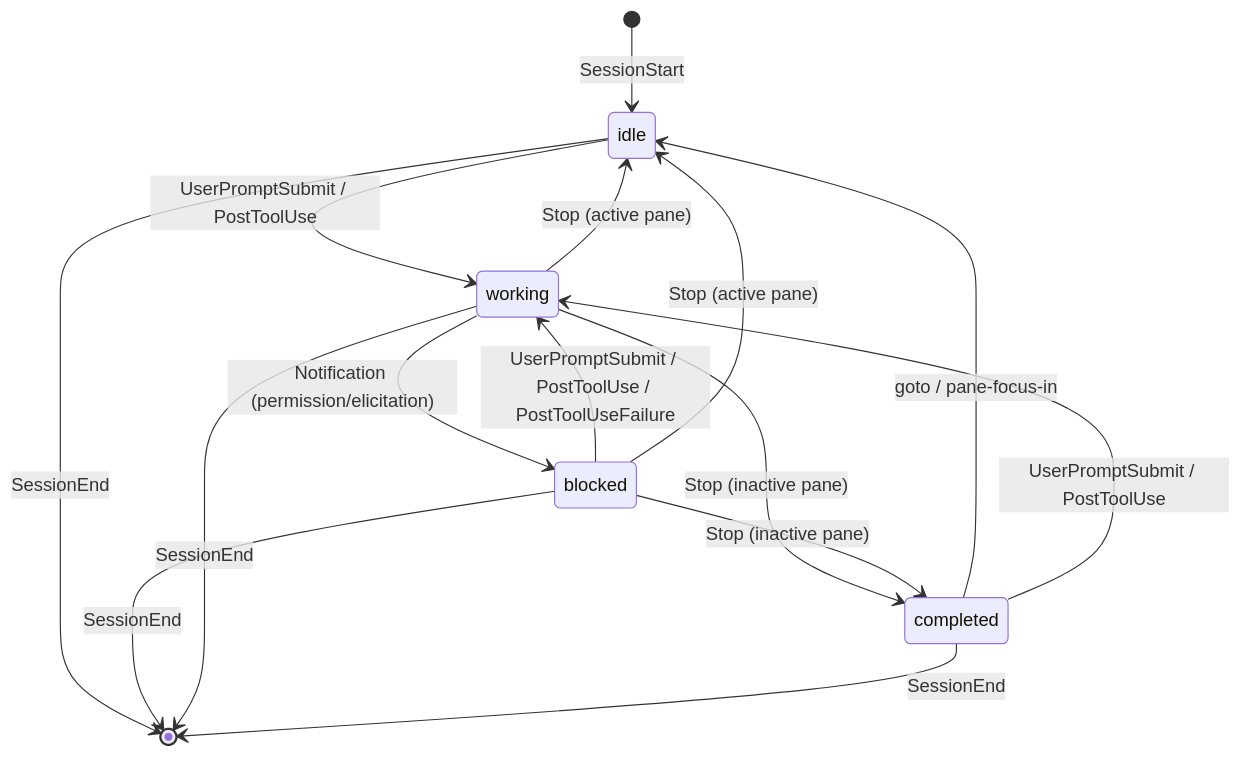
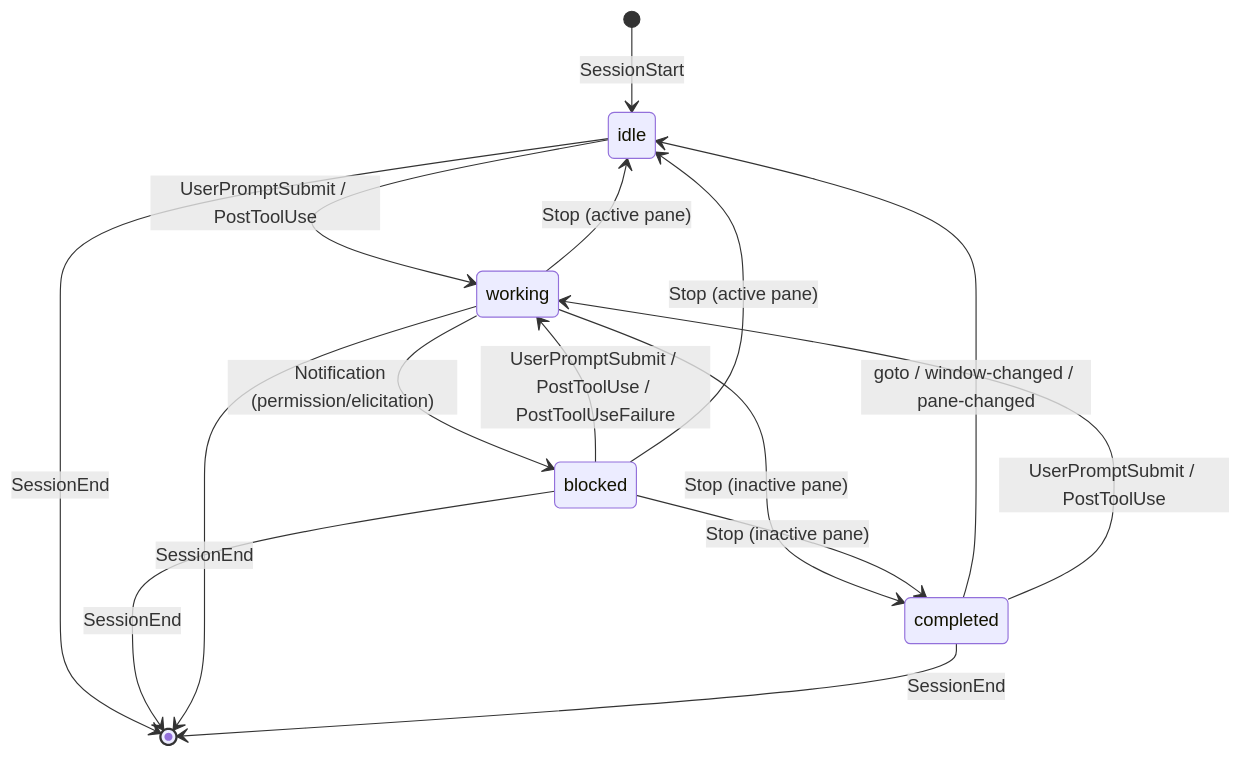
Before and after one commit to KakkoiDev/tmux-claude-agent-tracker: the second of 2 diagrams in ARCHITECTURE.md, drawn with Mermaid. The commit also changed other lines of this file and 1 other file, not shown here.

First line of the commit message:
Use session-window-changed/window-pane-changed hooks instead of pane-focus-in

````diff
--- a/ARCHITECTURE.md
+++ b/ARCHITECTURE.md
@@ -41,21 +41,21 @@
 ```mermaid
 stateDiagram-v2
     [*] --> idle : SessionStart
 
     idle --> working : UserPromptSubmit / PostToolUse
     working --> completed : Stop (inactive pane)
     working --> idle : Stop (active pane)
     working --> blocked : Notification (permission/elicitation)
 
     blocked --> working : UserPromptSubmit / PostToolUse / PostToolUseFailure
     blocked --> completed : Stop (inactive pane)
     blocked --> idle : Stop (active pane)
 
-    completed --> idle : goto / pane-focus-in
+    completed --> idle : goto / window-changed / pane-changed
     completed --> working : UserPromptSubmit / PostToolUse
 
     idle --> [*] : SessionEnd
     blocked --> [*] : SessionEnd
     working --> [*] : SessionEnd
     completed --> [*] : SessionEnd
 ```
````
